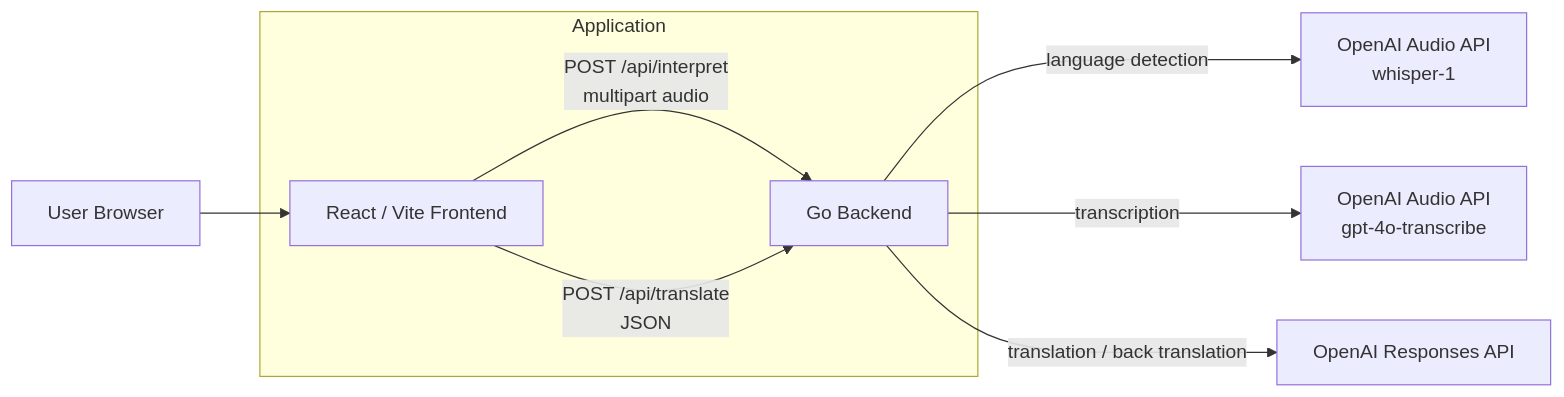
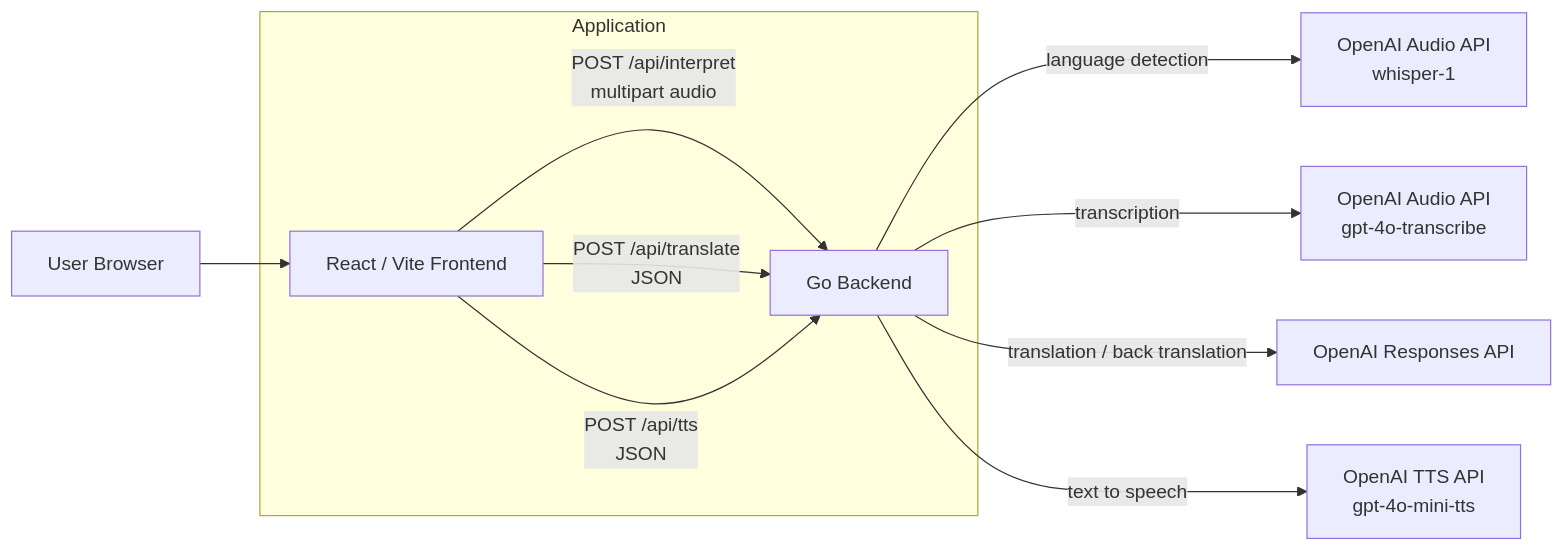
One commit to shin-arita/gotalk changed the diagram in docs/architecture.md. Above: the diagram before and after it, drawn with Mermaid. The commit also changed other lines of this file and 7 other files, not shown here.

````diff
--- a/docs/architecture.md
+++ b/docs/architecture.md
@@ -9,14 +9,16 @@
 ```mermaid
 flowchart LR
   User[User Browser] --> Frontend[React / Vite Frontend]
   Frontend -->|POST /api/interpret<br/>multipart audio| Backend[Go Backend]
   Frontend -->|POST /api/translate<br/>JSON| Backend
+  Frontend -->|POST /api/tts<br/>JSON| Backend
   Backend -->|language detection| Whisper[OpenAI Audio API<br/>whisper-1]
   Backend -->|transcription| Transcribe[OpenAI Audio API<br/>gpt-4o-transcribe]
   Backend -->|translation / back translation| Responses[OpenAI Responses API]
+  Backend -->|text to speech| TTS[OpenAI TTS API<br/>gpt-4o-mini-tts]
 
   subgraph Application
     Frontend
     Backend
   end
 ```
````
